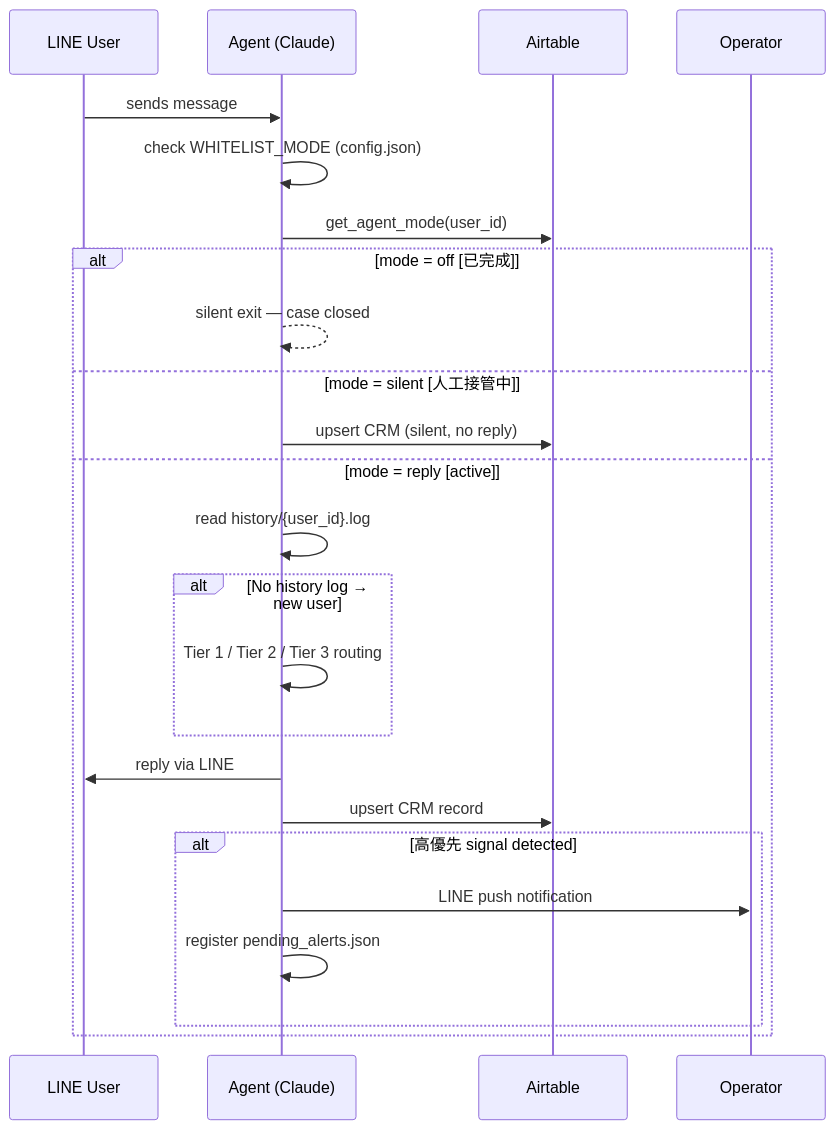
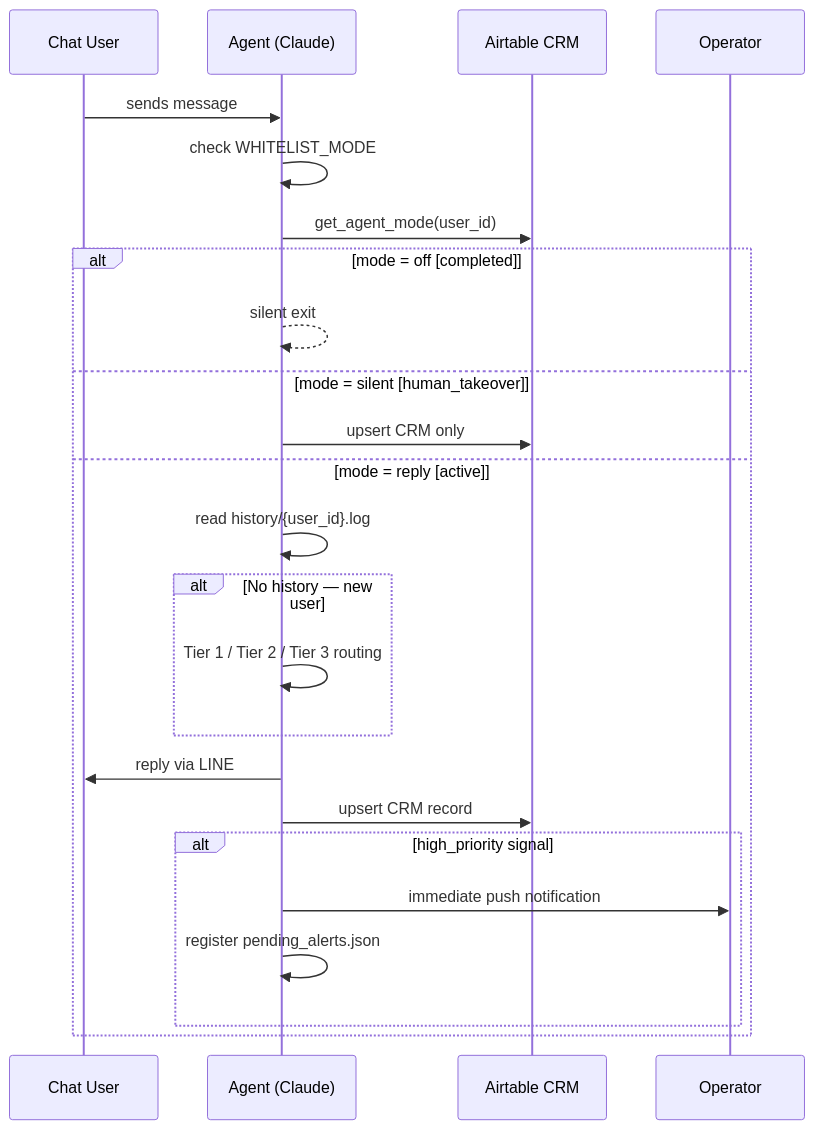
Before and after one commit to RealChrisL/scrivener-agent: the second of 2 diagrams in README.md, drawn with Mermaid. The commit also changed other lines of this file and 44 other files, not shown here.

````diff
--- a/README.md
+++ b/README.md
@@ -59,28 +61,28 @@
 ```mermaid
 sequenceDiagram
-    participant U as LINE User
-    participant B as Agent (Claude)
-    participant AT as Airtable
-    participant N as Operator
+    participant U  as Chat User
+    participant AG as Agent (Claude)
+    participant AT as Airtable CRM
+    participant OP as Operator
 
-    U->>B: sends message
-    B->>B: check WHITELIST_MODE (config.json)
-    B->>AT: get_agent_mode(user_id)
+    U->>AG: sends message
+    AG->>AG: check WHITELIST_MODE
+    AG->>AT: get_agent_mode(user_id)
 
-    alt mode = off  [已完成]
-        B-->>B: silent exit — case closed
-    else mode = silent  [人工接管中]
-        B->>AT: upsert CRM (silent, no reply)
+    alt mode = off  [completed]
+        AG-->>AG: silent exit
+    else mode = silent  [human_takeover]
+        AG->>AT: upsert CRM only
     else mode = reply  [active]
-        B->>B: read history/{user_id}.log
-        alt No history log → new user
-            B->>B: Tier 1 / Tier 2 / Tier 3 routing
+        AG->>AG: read history/{user_id}.log
+        alt No history — new user
+            AG->>AG: Tier 1 / Tier 2 / Tier 3 routing
         end
-        B->>U: reply via LINE
-        B->>AT: upsert CRM record
-        alt 高優先 signal detected
-            B->>N: LINE push notification
-            B->>B: register pending_alerts.json
+        AG->>U: reply via LINE
+        AG->>AT: upsert CRM record
+        alt high_priority signal
+            AG->>OP: immediate push notification
+            AG->>AG: register pending_alerts.json
         end
     end
 ```
````
